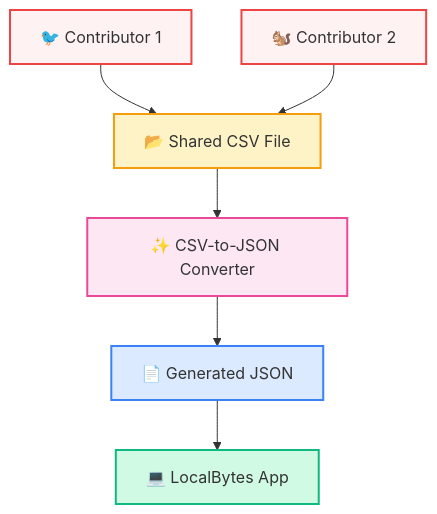
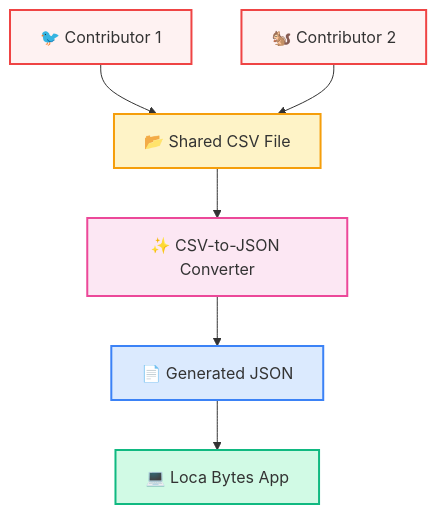
Before and after one commit to kazvee/local-bytes: the diagram in README.md, drawn with Mermaid. The commit also changed other lines of this file and 10 other files, not shown here.

````diff
--- a/README.md
+++ b/README.md
@@ -22,15 +22,15 @@
 ```mermaid
 flowchart TD
     style CSV fill:#fef3c7,stroke:#f59e0b,stroke-width:2px
     style Converter fill:#fce7f3,stroke:#ec4899,stroke-width:2px
     style JSON fill:#dbeafe,stroke:#3b82f6,stroke-width:2px
     style App fill:#d1fae5,stroke:#10b981,stroke-width:2px
     style Contributor1 fill:#fef2f2,stroke:#ef4444,stroke-width:2px
     style Contributor2 fill:#fef2f2,stroke:#ef4444,stroke-width:2px
 
     Contributor1["🐦 Contributor 1"] --> CSV["📂 Shared CSV File"]
     Contributor2["🐿️ Contributor 2"] --> CSV
     CSV --> Converter["✨ CSV-to-JSON Converter"]
     Converter --> JSON["📄 Generated JSON"]
-    JSON --> App["💻 LocalBytes App"]
+    JSON --> App["💻 Loca Bytes App"]
 ```
````
